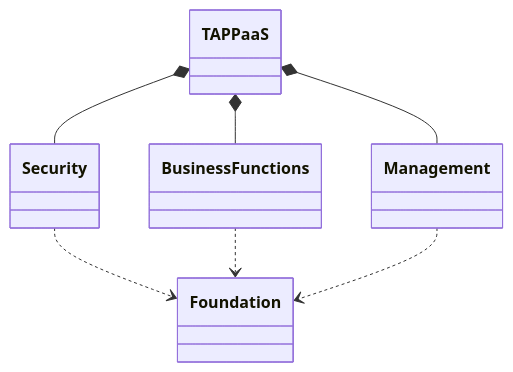
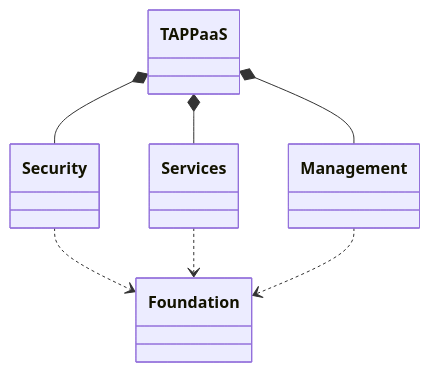
Before and after one commit to TAPPaaS/TAPPaaS: the first of 3 diagrams in Documentation/Architecture/Capabilities.md, drawn with Mermaid. The commit also changed other lines of this file and 1 other file, not shown here.

````diff
--- a/Documentation/Architecture/Capabilities.md
+++ b/Documentation/Architecture/Capabilities.md
@@ -16,9 +16,9 @@
 ```mermaid
 classDiagram
   TAPPaaS *-- Security
-  TAPPaaS *-- Business Functions
+  TAPPaaS *-- Services
   TAPPaaS *-- Management
 	Security ..> Foundation
-	Business Functions ..> Foundation
+	Services ..> Foundation
   Management ..> Foundation
 ```
````
